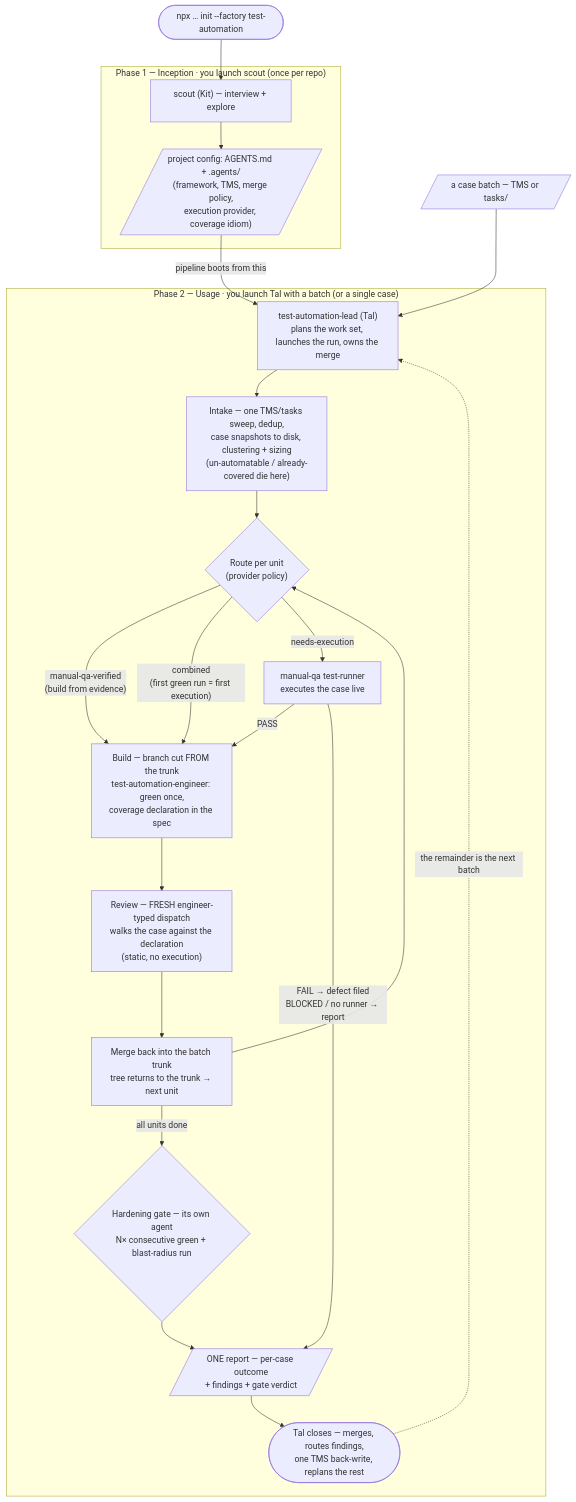
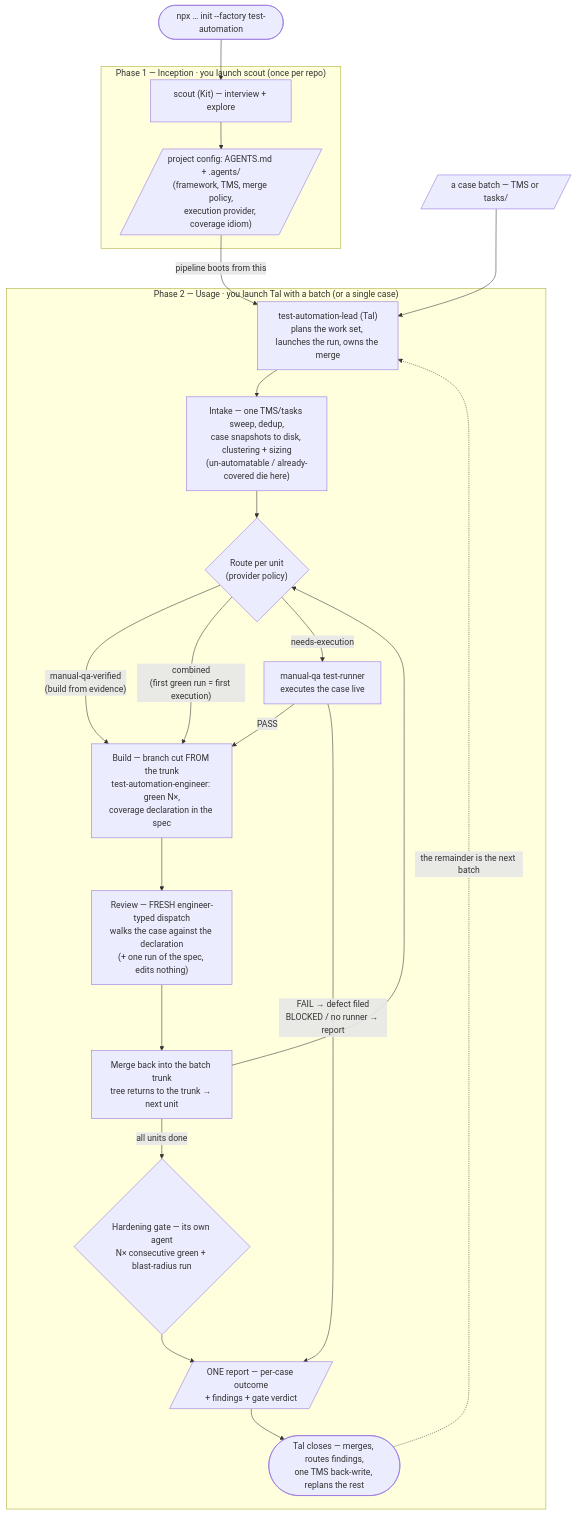
Before and after one commit to bermudas/sdlc-skills: the diagram in bundles/test-automation/README.md, drawn with Mermaid. The commit also changed other lines of this file and 28 other files, not shown here.

````diff
--- a/bundles/test-automation/README.md
+++ b/bundles/test-automation/README.md
@@ -238,36 +241,36 @@
 ```mermaid
 flowchart TD
     install(["npx … init --factory test-automation"]) --> scout
 
     subgraph p1["Phase 1 — Inception · you launch scout (once per repo)"]
         scout["scout (Kit) — interview + explore"]
         seed[/"project config: AGENTS.md + .agents/<br/>(framework, TMS, merge policy,<br/>execution provider, coverage idiom)"/]
         scout --> seed
     end
 
     subgraph p2["Phase 2 — Usage · you launch Tal with a batch (or a single case)"]
         tal["test-automation-lead (Tal)<br/>plans the work set, launches the run, owns the merge"]
         intake["Intake — one TMS/tasks sweep, dedup,<br/>case snapshots to disk, clustering + sizing<br/>(un-automatable / already-covered die here)"]
         route{"Route per unit<br/>(provider policy)"}
         runner["manual-qa test-runner<br/>executes the case live"]
-        build["Build — branch cut FROM the trunk<br/>test-automation-engineer: green once,<br/>coverage declaration in the spec"]
-        review["Review — FRESH engineer-typed dispatch<br/>walks the case against the declaration<br/>(static, no execution)"]
+        build["Build — branch cut FROM the trunk<br/>test-automation-engineer: green N×,<br/>coverage declaration in the spec"]
+        review["Review — FRESH engineer-typed dispatch<br/>walks the case against the declaration<br/>(+ one run of the spec, edits nothing)"]
         integ["Merge back into the batch trunk<br/>tree returns to the trunk → next unit"]
         hgate{"Hardening gate — its own agent<br/>N× consecutive green + blast-radius run"}
         report[/"ONE report — per-case outcome<br/>+ findings + gate verdict"/]
         close(["Tal closes — merges, routes findings,<br/>one TMS back-write, replans the rest"])
         tal --> intake --> route
         route -->|"manual-qa-verified<br/>(build from evidence)"| build
         route -->|"combined<br/>(first green run = first execution)"| build
         route -->|"needs-execution"| runner
         runner -->|"PASS"| build
         runner -->|"FAIL → defect filed<br/>BLOCKED / no runner → report"| report
         build --> review --> integ --> route
         integ -->|"all units done"| hgate
         hgate --> report --> close
         close -. "the remainder is the next batch" .-> tal
     end
 
     seed -->|"pipeline boots from this"| tal
     case[/"a case batch — TMS or tasks/"/] --> tal
 ```
````
